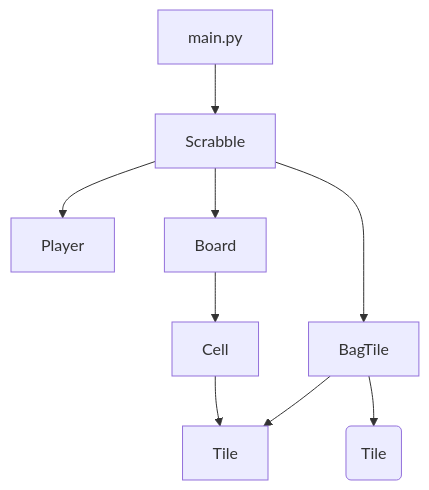
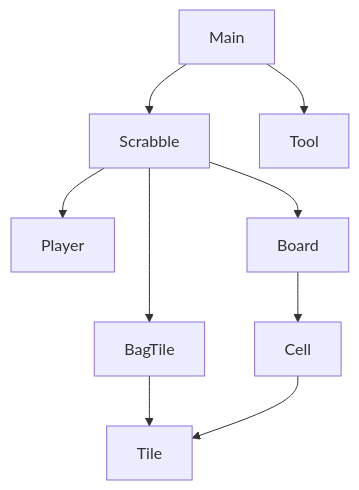
The diagram in README.md (um-computacion-tm/scrabble-2023-EVAnci), drawn with Mermaid before and after one commit.

````diff
--- a/README.md
+++ b/README.md
@@ -79,11 +79,11 @@
 ```mermaid
 graph TD;
-    main.py-->Scrabble;
+    Main-->Scrabble;
+    Main-->Tool
     Scrabble-->BagTile;
     Scrabble-->Player;
     Scrabble-->Board;
     BagTile-->Tile;
-    BagTile-->Wildcard(Tile);
     Board-->Cell;
     Cell-->Tile;
 ```
````
